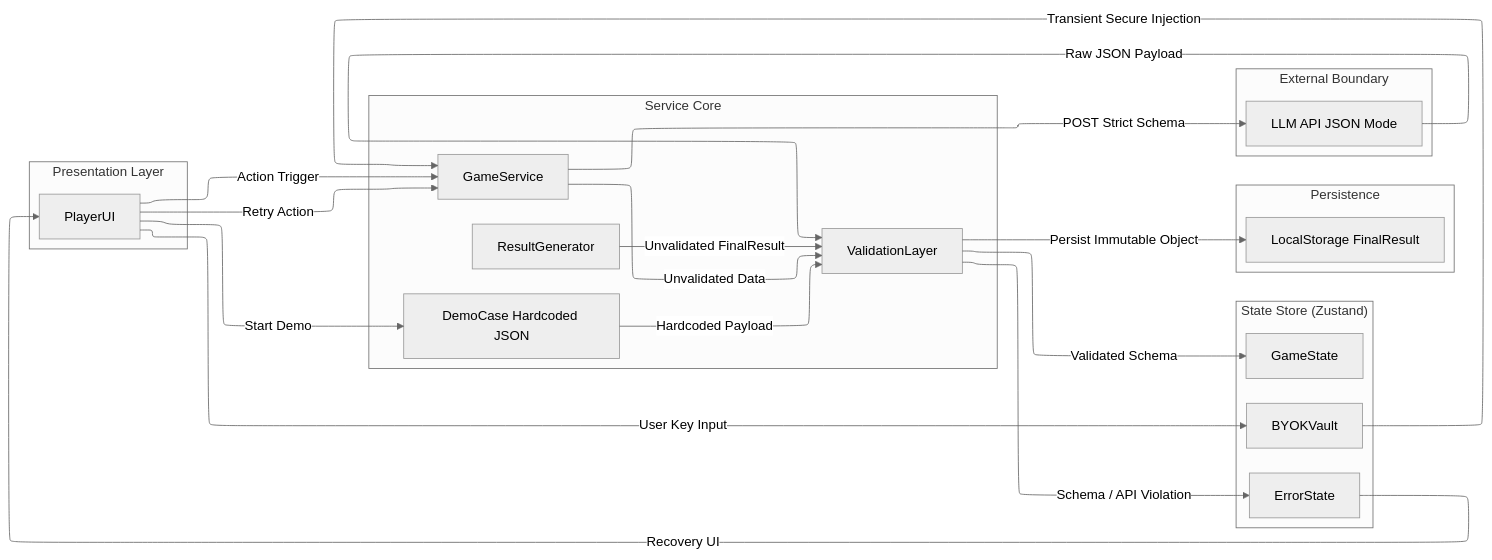
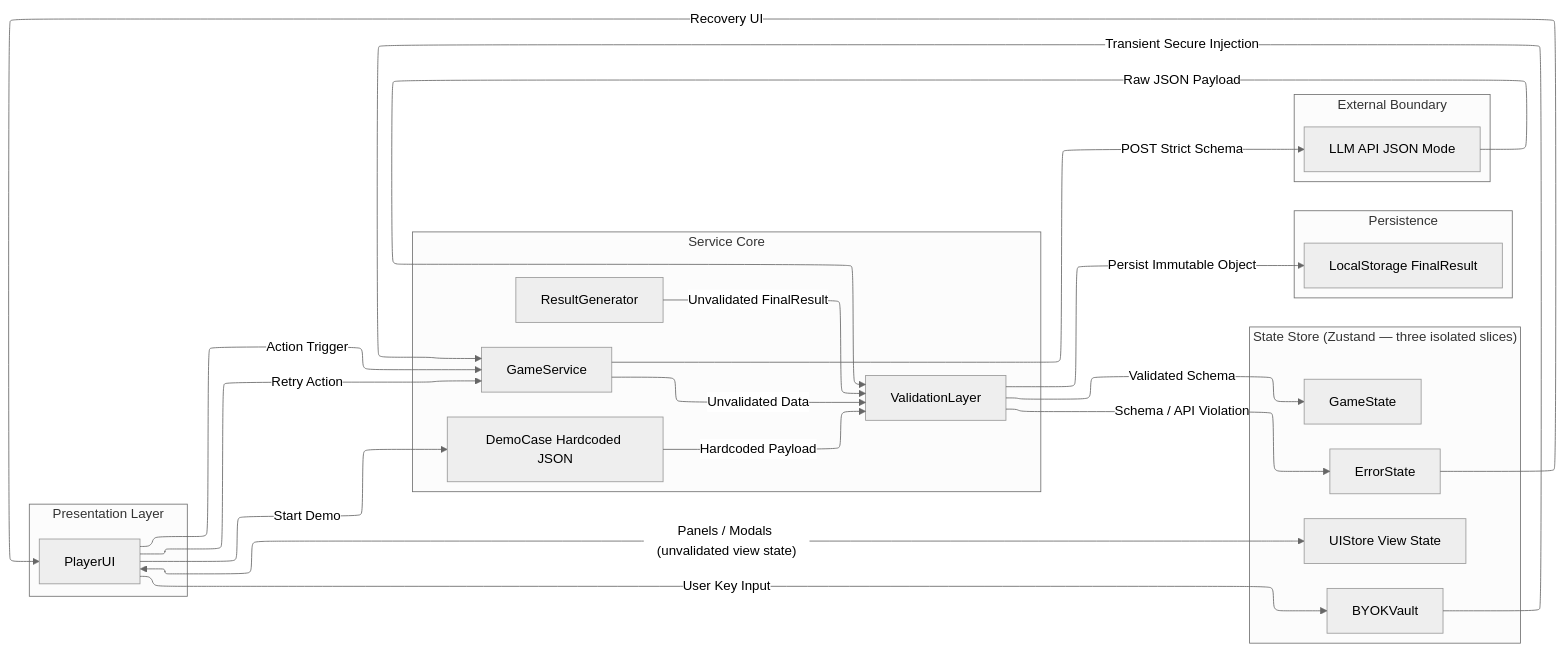
Before and after one commit to jcrump97/the-bench: the first of 2 diagrams in README.md, drawn with Mermaid (neutral theme). The commit also changed other lines of this file and 1 other file, not shown here.

Commit message:
docs: update README architecture charts and status for current codebase

````diff
--- a/README.md
+++ b/README.md
@@ -23,43 +23,45 @@
 ```mermaid
 %%{init:{'flowchart':{'defaultRenderer':'elk'}}}%%
 flowchart LR
     subgraph Presentation["Presentation Layer"]
         UI[PlayerUI]
     end
 
     subgraph ServiceCore["Service Core"]
         GS[GameService]
         RG[ResultGenerator]
         VL[ValidationLayer]
         DEMO[DemoCase Hardcoded JSON]
     end
 
-    subgraph StateStore["State Store (Zustand)"]
+    subgraph StateStore["State Store (Zustand — three isolated slices)"]
         GAME[GameState]
         ERR[ErrorState]
         VAULT[BYOKVault]
+        UIS[UIStore View State]
     end
 
     subgraph Persistence["Persistence"]
         LS[LocalStorage FinalResult]
     end
 
     subgraph External["External Boundary"]
         LLM[LLM API JSON Mode]
     end
 
     UI -->|"Action Trigger"| GS
     UI -->|"User Key Input"| VAULT
     UI -->|"Start Demo"| DEMO
     VAULT -->|"Transient Secure Injection"| GS
     GS -->|"POST Strict Schema"| LLM
     DEMO -->|"Hardcoded Payload"| VL
     LLM -->|"Raw JSON Payload"| VL
     GS -->|"Unvalidated Data"| VL
     RG -->|"Unvalidated FinalResult"| VL
     VL -->|"Validated Schema"| GAME
     VL -->|"Schema / API Violation"| ERR
     VL -->|"Persist Immutable Object"| LS
     ERR -->|"Recovery UI"| UI
     UI -->|"Retry Action"| GS
+    UI <-->|"Panels / Modals (unvalidated view state)"| UIS
 ```
````
